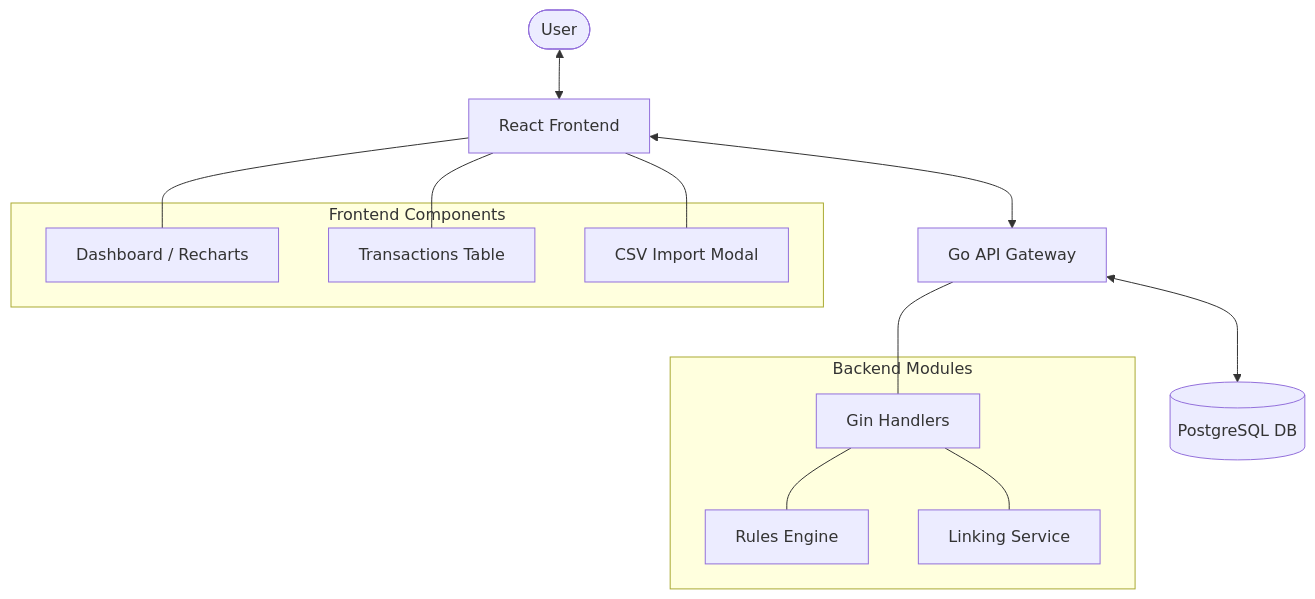
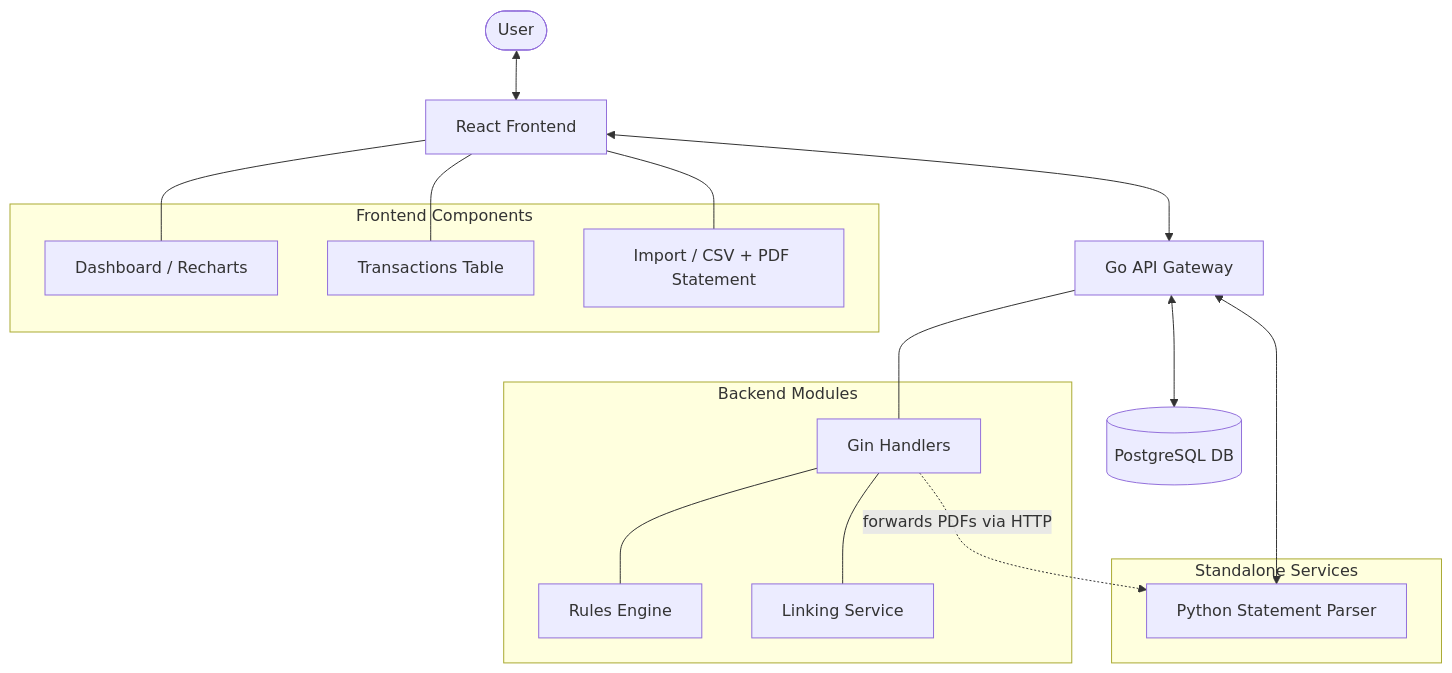
One commit to suyash01/FinTrak changed the first of 3 diagrams in flowchart.md. Above: the diagram before and after it, drawn with Mermaid. The commit also changed 16 other files, not shown here.

````diff
--- a/flowchart.md
+++ b/flowchart.md
@@ -7,26 +7,32 @@
 ```mermaid
 graph TD
     User([User]) <--> Frontend[React Frontend]
     Frontend <--> API[Go API Gateway]
     API <--> PostgreSQL[(PostgreSQL DB)]
-    
+    API <--> Parser[Statement Parser Service]
+
     subgraph "Frontend Components"
         Dashboard[Dashboard / Recharts]
         Transactions[Transactions Table]
-        Import[CSV Import Modal]
+        Import[Import / CSV + PDF Statement]
     end
     
     subgraph "Backend Modules"
         Handlers[Gin Handlers]
         RulesEngine[Rules Engine]
         LinkingService[Linking Service]
+    end
+    
+    subgraph "Standalone Services"
+        Parser[Python Statement Parser]
     end
     
     Frontend --- Dashboard
     Frontend --- Transactions
     Frontend --- Import
     
     API --- Handlers
     Handlers --- RulesEngine
     Handlers --- LinkingService
+    Handlers -. forwards PDFs via HTTP .-> Parser
 ```
````
